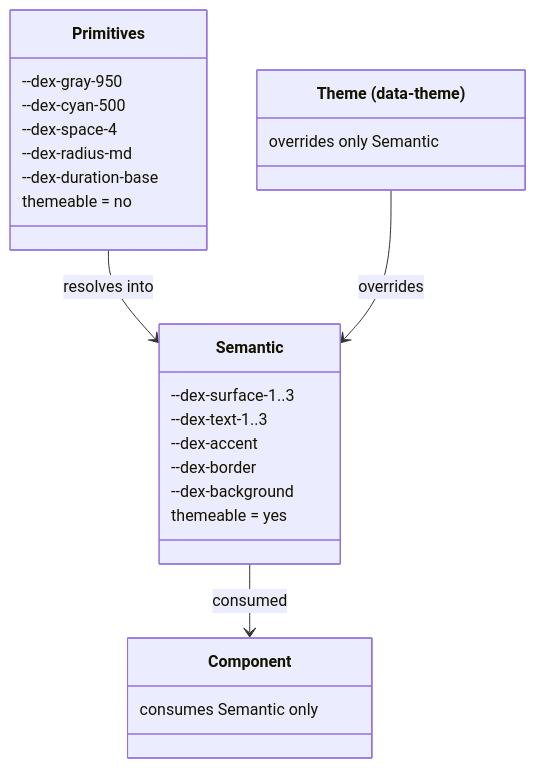
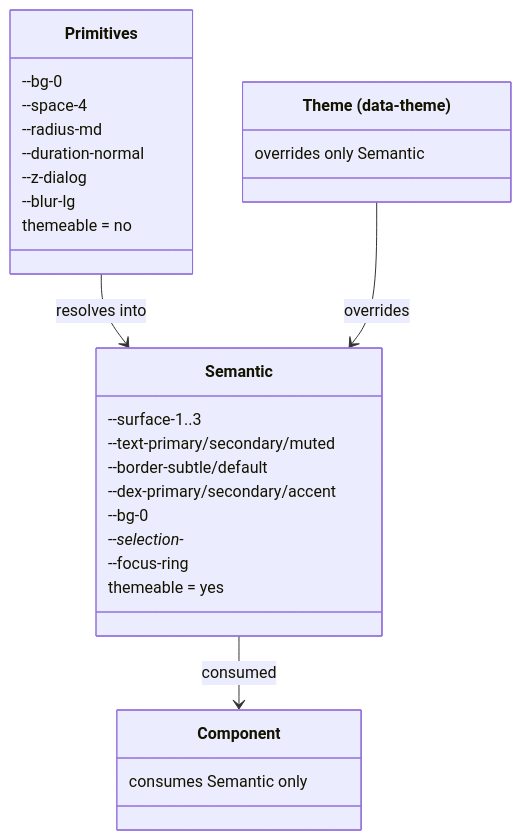
One commit to moughamir/dex changed the first of 2 diagrams in docs/80-guides/CreatingTheme.md. Above: the diagram before and after it, drawn with Mermaid. The commit also changed other lines of this file and 36 other files, not shown here.

````diff
--- a/docs/80-guides/CreatingTheme.md
+++ b/docs/80-guides/CreatingTheme.md
@@ -40,29 +40,32 @@
 ```mermaid
 classDiagram
     class Primitives {
-        --dex-gray-950
-        --dex-cyan-500
-        --dex-space-4
-        --dex-radius-md
-        --dex-duration-base
+        --bg-0
+        --space-4
+        --radius-md
+        --duration-normal
+        --z-dialog
+        --blur-lg
         themeable = no
     }
     class Semantic {
-        --dex-surface-1..3
-        --dex-text-1..3
-        --dex-accent
-        --dex-border
-        --dex-background
+        --surface-1..3
+        --text-primary/secondary/muted
+        --border-subtle/default
+        --dex-primary/secondary/accent
+        --bg-0
+        --selection-*
+        --focus-ring
         themeable = yes
     }
     class Theme["Theme (data-theme)"] {
         overrides only Semantic
     }
     class Component["Component"] {
         consumes Semantic only
     }
 
     Primitives --> Semantic : resolves into
     Theme --> Semantic : overrides
     Semantic --> Component : consumed
 ```
````
